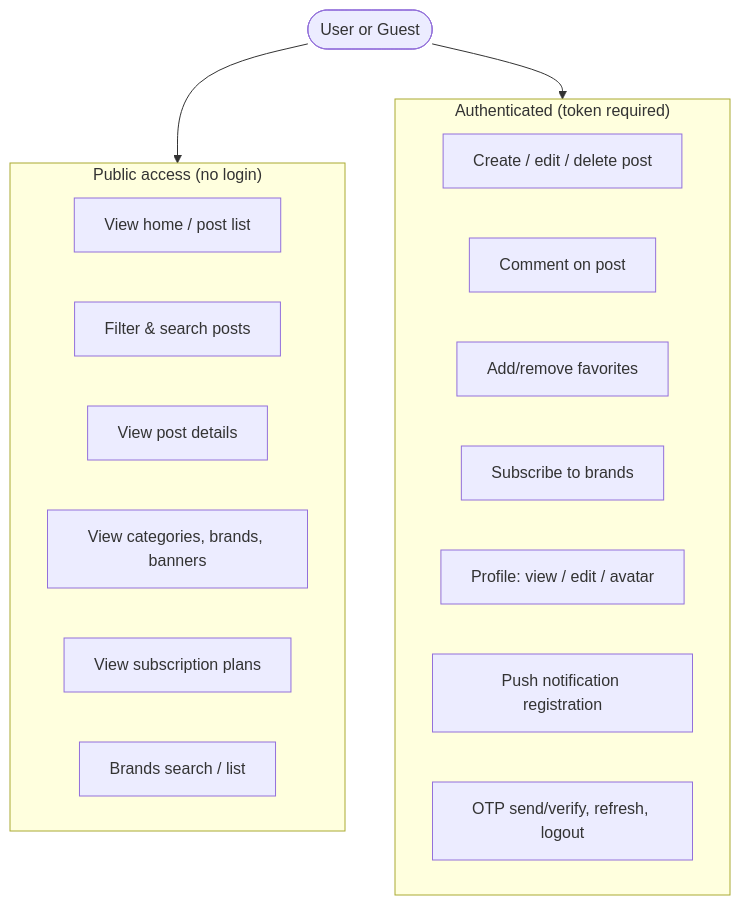
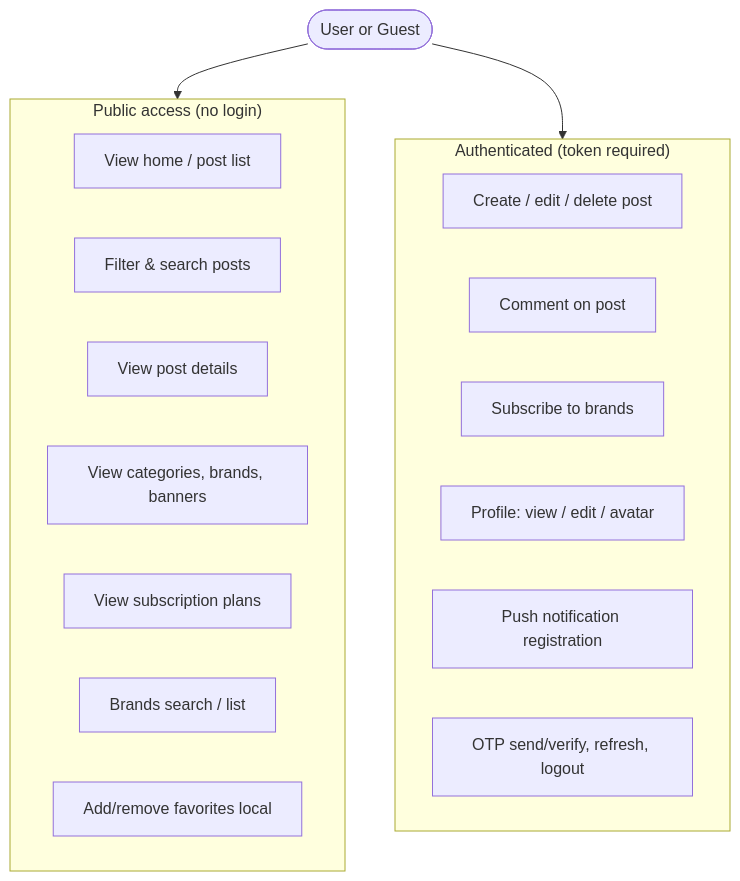
The first of 4 diagrams in docs/ACCESS_MODEL.md (tkmdevelopers/auto.tm-main), drawn with Mermaid before and after one commit. The commit also changed other lines of this file and 14 other files, not shown here.

````diff
--- a/docs/ACCESS_MODEL.md
+++ b/docs/ACCESS_MODEL.md
@@ -20,25 +21,25 @@
 ```mermaid
 flowchart TB
     subgraph Public["Public access (no login)"]
         A[View home / post list]
         B[Filter & search posts]
         C[View post details]
         D[View categories, brands, banners]
         E[View subscription plans]
         F[Brands search / list]
+        I[Add/remove favorites local]
     end
 
     subgraph Authenticated["Authenticated (token required)"]
         G[Create / edit / delete post]
         H[Comment on post]
-        I[Add/remove favorites]
         J[Subscribe to brands]
         K[Profile: view / edit / avatar]
         L[Push notification registration]
         M[OTP send/verify, refresh, logout]
     end
 
     User([User or Guest])
     User --> Public
     User --> Authenticated
 ```
````
